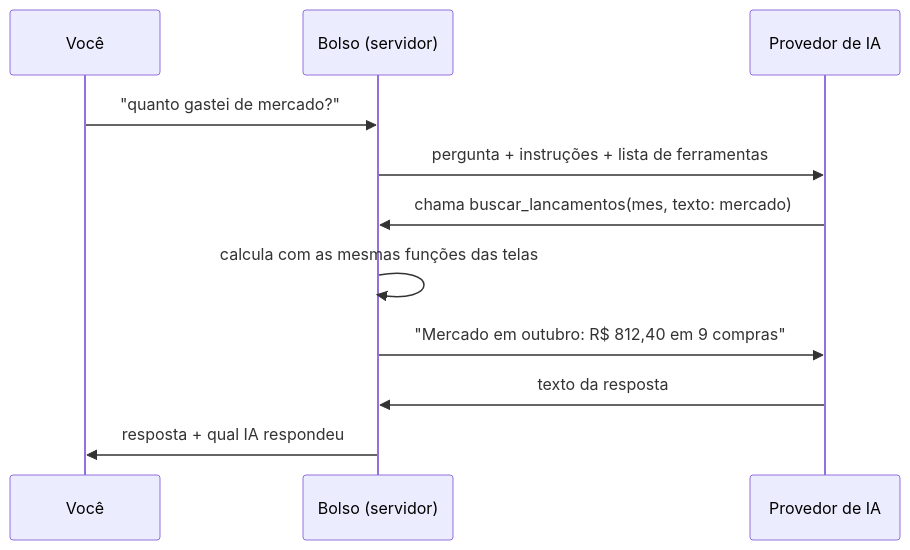
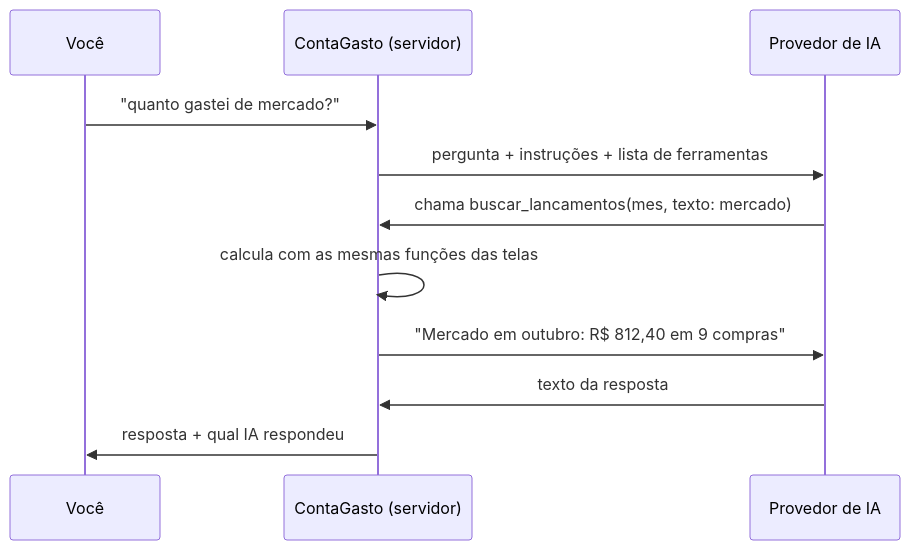
The diagram in docs/IA.md (Viniciusp2/ContaGasto), drawn with Mermaid before and after one commit. The commit also changed 30 other files, not shown here.

Commit message:
chore: nome do app de Bolso pra ContaGasto

````diff
--- a/docs/IA.md
+++ b/docs/IA.md
@@ -95,13 +95,13 @@
 ```mermaid
 sequenceDiagram
   participant V as Você
-  participant App as Bolso (servidor)
+  participant App as ContaGasto (servidor)
   participant IA as Provedor de IA
   V->>App: "quanto gastei de mercado?"
   App->>IA: pergunta + instruções + lista de ferramentas
   IA->>App: chama buscar_lancamentos(mes, texto: mercado)
   App->>App: calcula com as mesmas funções das telas
   App->>IA: "Mercado em outubro: R$ 812,40 em 9 compras"
   IA->>App: texto da resposta
   App->>V: resposta + qual IA respondeu
 ```
````
